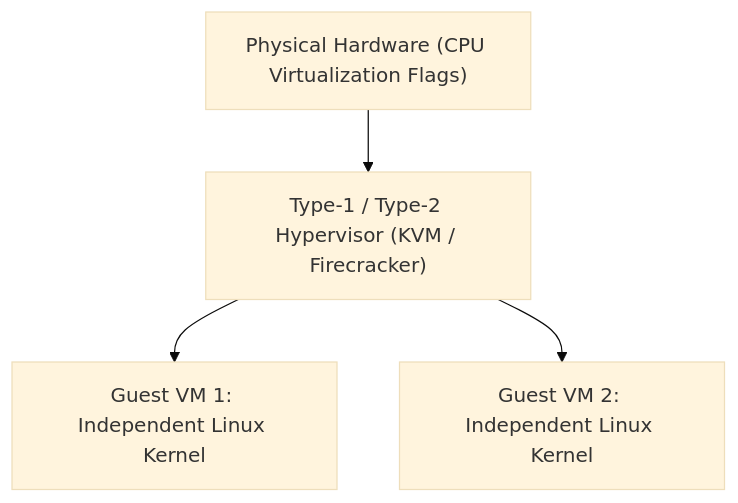
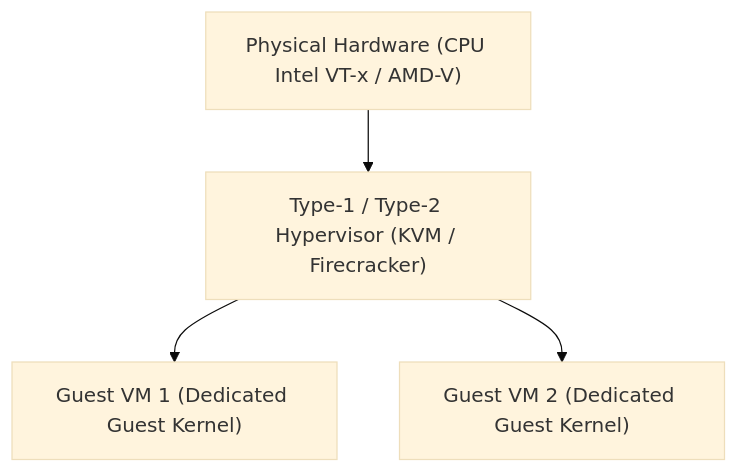
One commit to naimurhasan/naimurhasan.github.io changed the fourth of 4 diagrams in _posts/2026-11-17-browser-sandbox-vs-container-vs-virtual-machine.md. Above: the diagram before and after it, drawn with Mermaid (base theme). The commit also changed other lines of this file and 28 other files, not shown here.

Commit message:
fix(blog): refactor all Mermaid diagrams to vertical legible layouts and restore in-body illustrations

````diff
--- a/_posts/2026-11-17-browser-sandbox-vs-container-vs-virtual-machine.md
+++ b/_posts/2026-11-17-browser-sandbox-vs-container-vs-virtual-machine.md
@@ -91,6 +94,6 @@
 ```mermaid
 flowchart TD
-  Hardware["Physical Hardware (CPU Virtualization Flags)"] --> Hypervisor["Type-1 / Type-2 Hypervisor (KVM / Firecracker)"]
-  Hypervisor --> VM1["Guest VM 1: Independent Linux Kernel"]
-  Hypervisor --> VM2["Guest VM 2: Independent Linux Kernel"]
+  Hardware["Physical Hardware (CPU Intel VT-x / AMD-V)"] --> Hypervisor["Type-1 / Type-2 Hypervisor (KVM / Firecracker)"]
+  Hypervisor --> VM1["Guest VM 1 (Dedicated Guest Kernel)"]
+  Hypervisor --> VM2["Guest VM 2 (Dedicated Guest Kernel)"]
 ```
````
